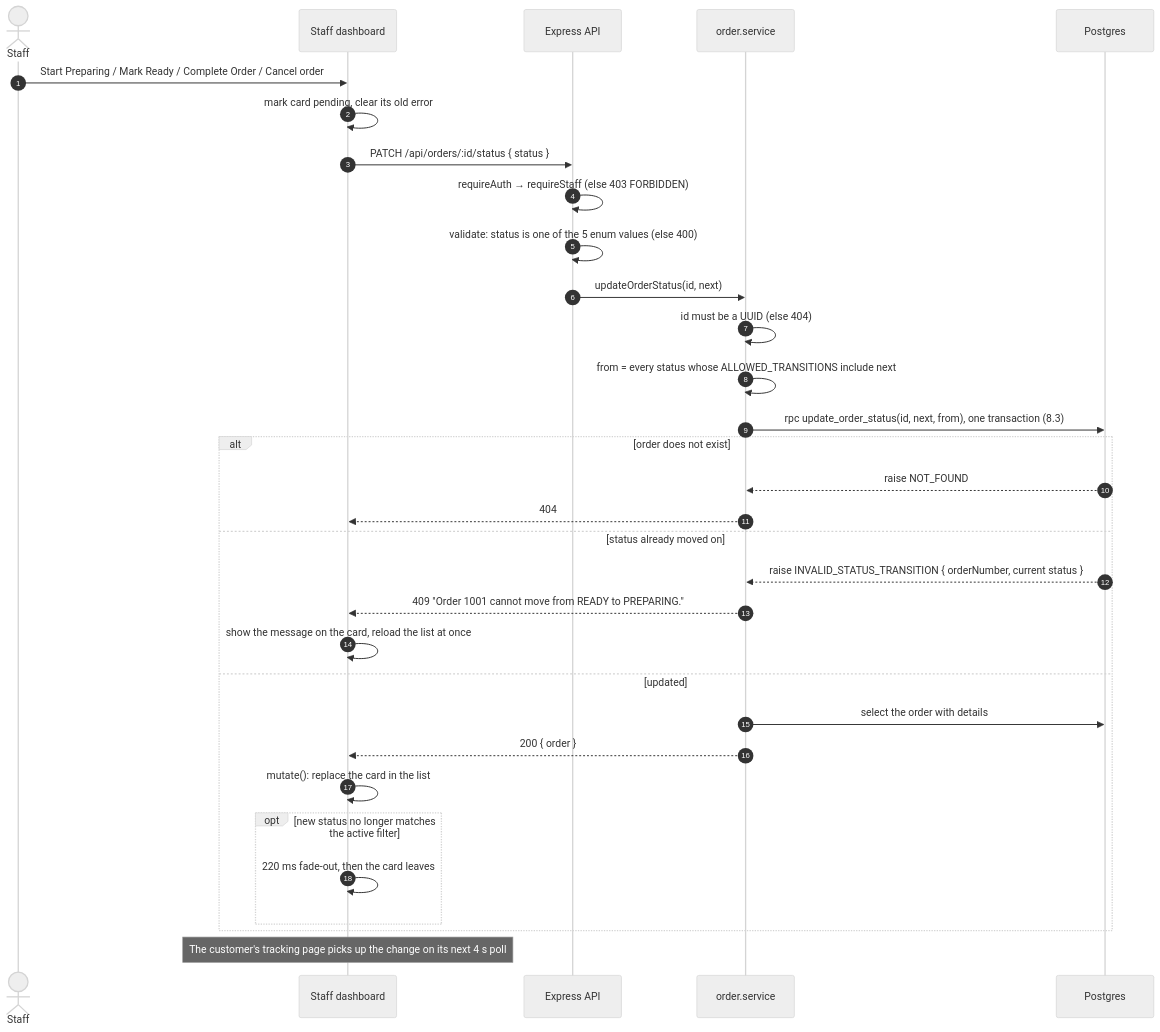
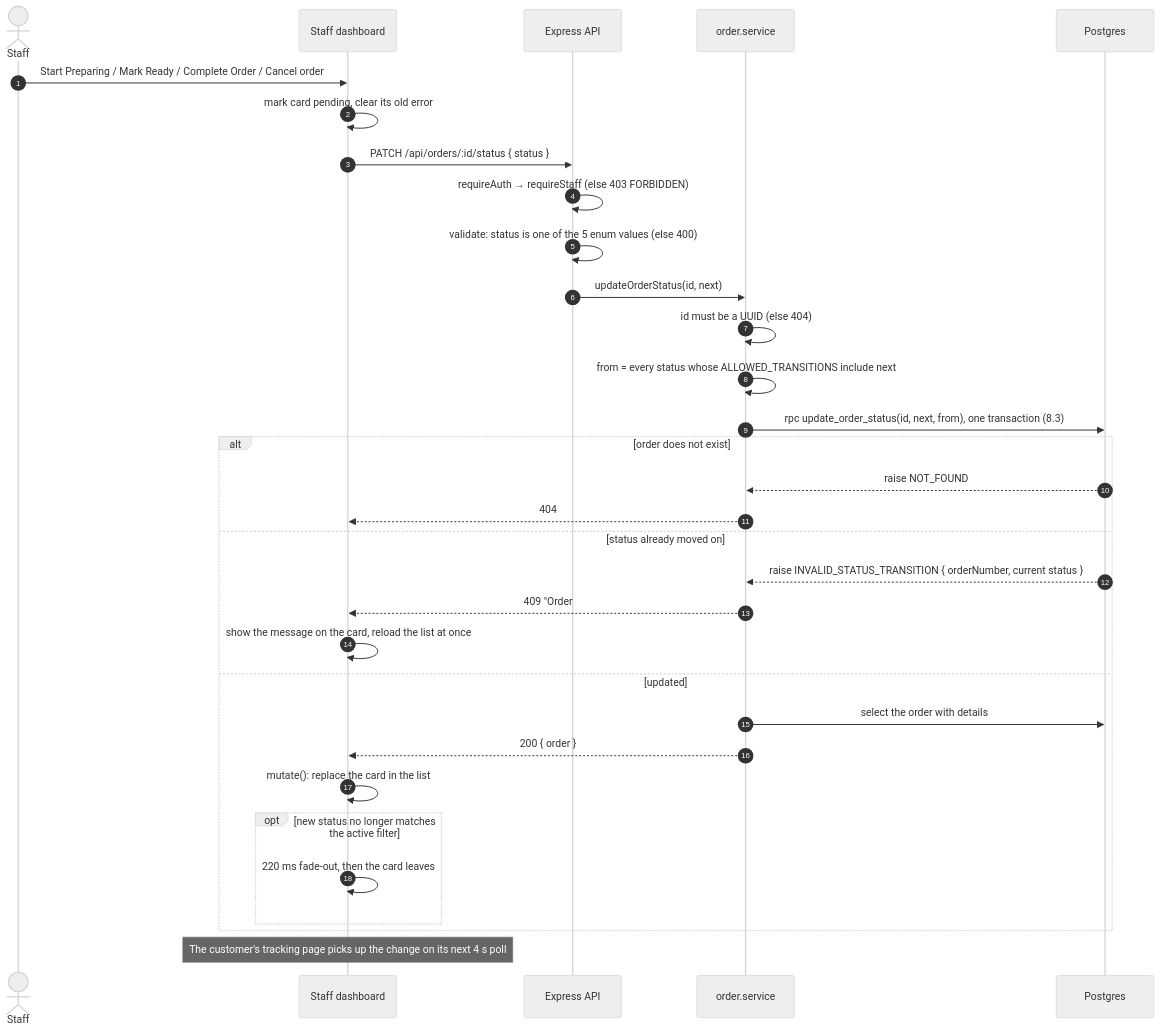
Before and after one commit to The-KhaNha/KhaNha: diagram 21 of 27 in docs/ARCHITECTURE.md, drawn with Mermaid (neutral theme). The commit also changed other lines of this file and 168 other files, not shown here.

````diff
--- a/docs/ARCHITECTURE.md
+++ b/docs/ARCHITECTURE.md
@@ -701,35 +720,35 @@
 ```mermaid
 sequenceDiagram
   autonumber
   actor S as Staff
   participant B as Staff dashboard
   participant API as Express API
   participant Svc as order.service
   participant DB as Postgres
 
   S->>B: Start Preparing / Mark Ready / Complete Order / Cancel order
   B->>B: mark card pending, clear its old error
   B->>API: PATCH /api/orders/:id/status { status }
   API->>API: requireAuth → requireStaff (else 403 FORBIDDEN)
   API->>API: validate: status is one of the 5 enum values (else 400)
   API->>Svc: updateOrderStatus(id, next)
   Svc->>Svc: id must be a UUID (else 404)
   Svc->>Svc: from = every status whose ALLOWED_TRANSITIONS include next
   Svc->>DB: rpc update_order_status(id, next, from), one transaction (8.3)
   alt order does not exist
     DB-->>Svc: raise NOT_FOUND
     Svc-->>B: 404
   else status already moved on
     DB-->>Svc: raise INVALID_STATUS_TRANSITION { orderNumber, current status }
-    Svc-->>B: 409 "Order 1001 cannot move from READY to PREPARING."
+    Svc-->>B: 409 "Order #1001 cannot move from READY to PREPARING."
     B->>B: show the message on the card, reload the list at once
   else updated
     Svc->>DB: select the order with details
     Svc-->>B: 200 { order }
     B->>B: mutate(): replace the card in the list
     opt new status no longer matches the active filter
       B->>B: 220 ms fade-out, then the card leaves
     end
   end
   Note over B: The customer's tracking page picks up the change on its next 4 s poll
 ```
````
